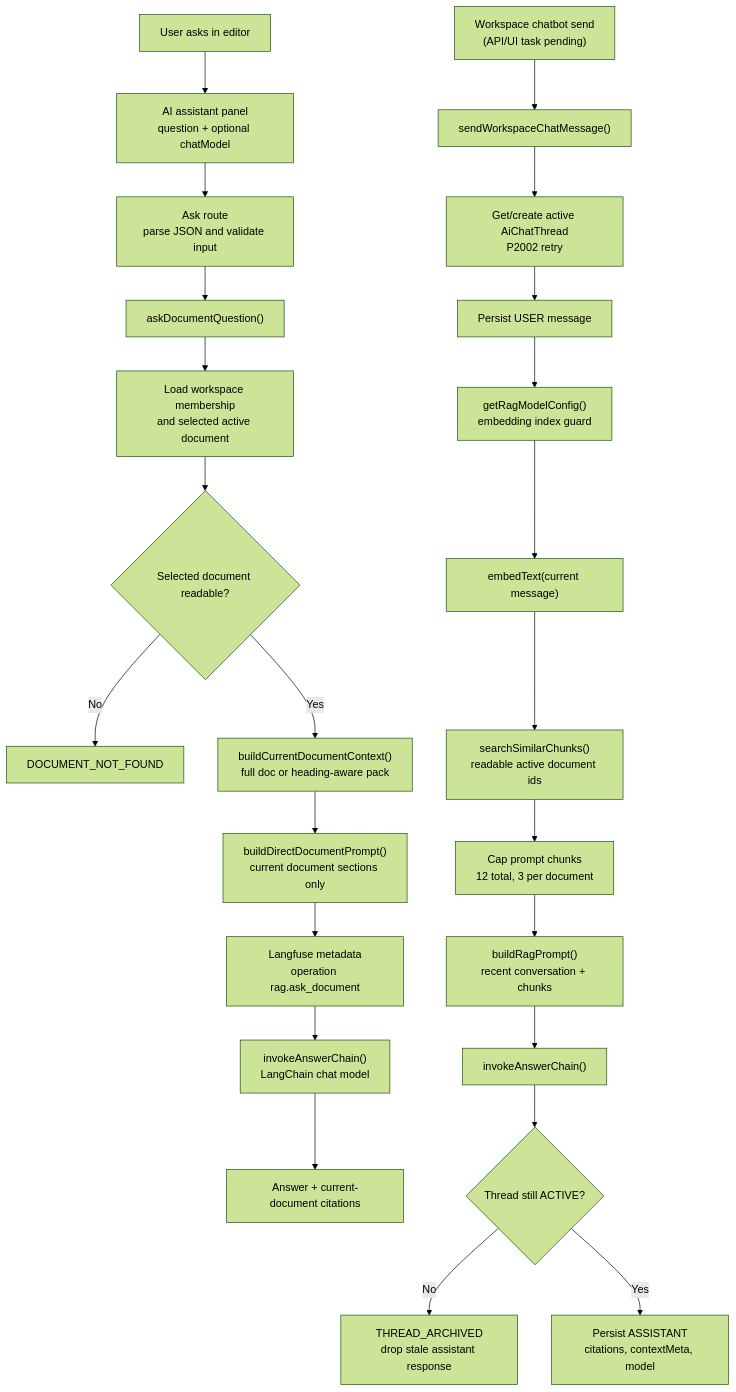
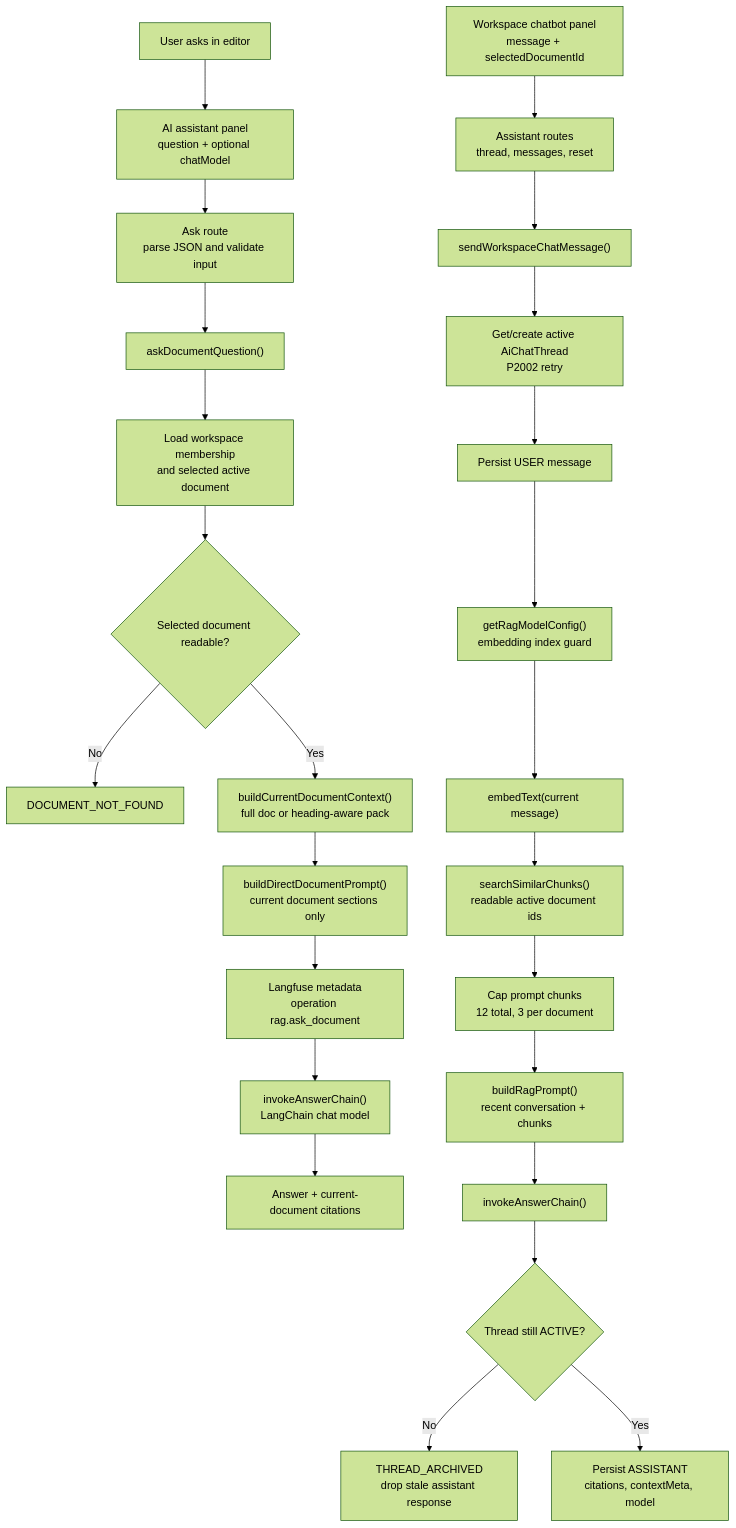
Before and after one commit to dschoi30/munjib: the first of 2 diagrams in wiki/RAG Process Workflow.md, drawn with Mermaid (forest theme). The commit also changed other lines of this file and 14 other files, not shown here.

Commit message:
feat: add workspace chatbot routes and UI

````diff
--- a/wiki/RAG Process Workflow.md
+++ b/wiki/RAG Process Workflow.md
@@ -37,27 +37,28 @@
 ```mermaid
 flowchart TD
     User["User asks in editor"] --> Panel["AI assistant panel<br/>question + optional chatModel"]
     Panel --> AskRoute["Ask route<br/>parse JSON and validate input"]
     AskRoute --> AskService["askDocumentQuestion()"]
     AskService --> AskPermission["Load workspace membership<br/>and selected active document"]
     AskPermission --> AskReadable{"Selected document readable?"}
     AskReadable -- "No" --> AskNotFound["DOCUMENT_NOT_FOUND"]
     AskReadable -- "Yes" --> AskContext["buildCurrentDocumentContext()<br/>full doc or heading-aware pack"]
     AskContext --> AskPrompt["buildDirectDocumentPrompt()<br/>current document sections only"]
     AskPrompt --> AskTrace["Langfuse metadata<br/>operation rag.ask_document"]
     AskTrace --> AskAnswer["invokeAnswerChain()<br/>LangChain chat model"]
     AskAnswer --> AskUI["Answer + current-document citations"]
 
-    ChatUser["Workspace chatbot send<br/>(API/UI task pending)"] --> ChatService["sendWorkspaceChatMessage()"]
+    ChatUser["Workspace chatbot panel<br/>message + selectedDocumentId"] --> ChatRoute["Assistant routes<br/>thread, messages, reset"]
+    ChatRoute --> ChatService["sendWorkspaceChatMessage()"]
     ChatService --> Thread["Get/create active AiChatThread<br/>P2002 retry"]
     Thread --> UserMessage["Persist USER message"]
     UserMessage --> ChatConfig["getRagModelConfig()<br/>embedding index guard"]
     ChatConfig --> ChatEmbed["embedText(current message)"]
     ChatEmbed --> ChatSearch["searchSimilarChunks()<br/>readable active document ids"]
     ChatSearch --> ChatCap["Cap prompt chunks<br/>12 total, 3 per document"]
     ChatCap --> ChatPrompt["buildRagPrompt()<br/>recent conversation + chunks"]
     ChatPrompt --> ChatAnswer["invokeAnswerChain()"]
     ChatAnswer --> ActiveCheck{"Thread still ACTIVE?"}
     ActiveCheck -- "No" --> Stale["THREAD_ARCHIVED<br/>drop stale assistant response"]
     ActiveCheck -- "Yes" --> Persist["Persist ASSISTANT<br/>citations, contextMeta, model"]
 ```
````
